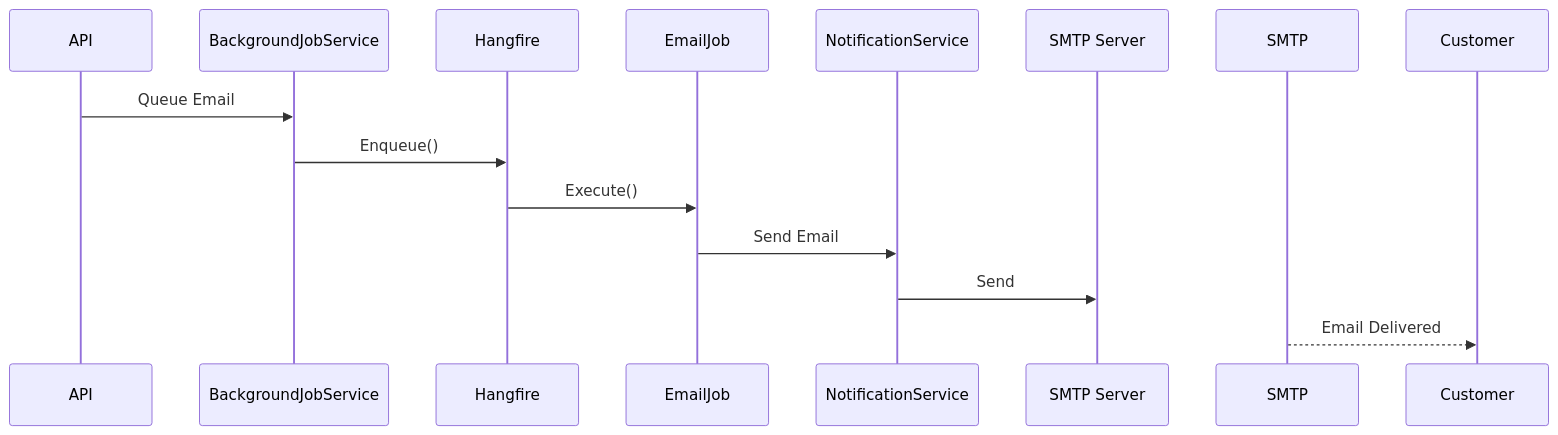
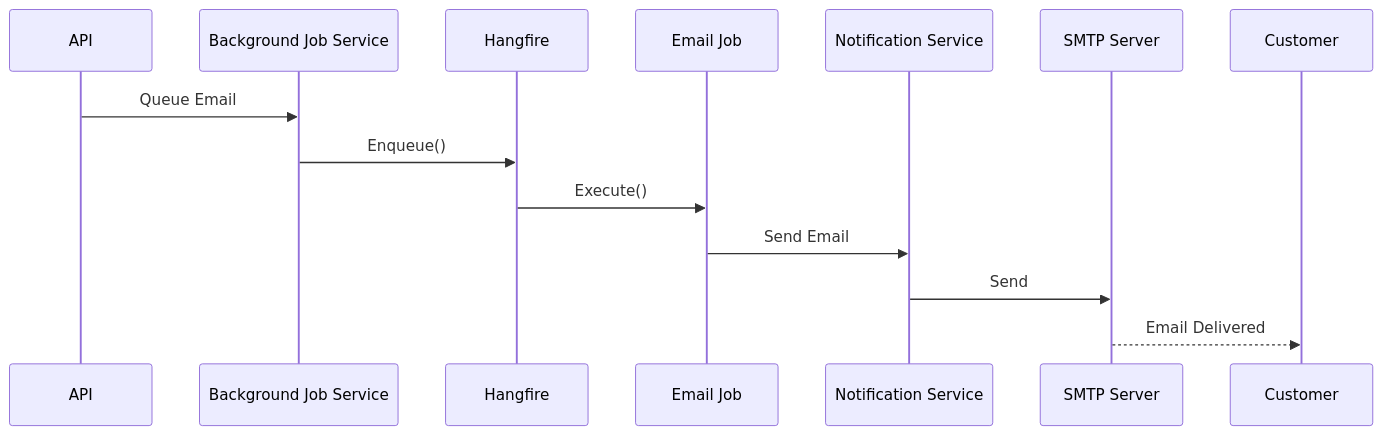
The fourth of 7 diagrams in docs/background-jobs.md (chintanchhapgar/ShopSphere), drawn with Mermaid before and after one commit. The commit also changed other lines of this file, not shown here.

First line of the commit message:
Revise Background Jobs documentation structure

````diff
--- a/docs/background-jobs.md
+++ b/docs/background-jobs.md
@@ -147,15 +143,17 @@
 ```mermaid
 sequenceDiagram
+    participant API
+    participant BackgroundJobService as Background Job Service
+    participant Hangfire
+    participant EmailJob as Email Job
+    participant NotificationService as Notification Service
+    participant SMTP as SMTP Server
+    participant Customer
 
-API->>BackgroundJobService: Queue Email
-
-BackgroundJobService->>Hangfire: Enqueue()
-
-Hangfire->>EmailJob: Execute()
-
-EmailJob->>NotificationService: Send Email
-
-NotificationService->>SMTP Server: Send
-
-SMTP-->>Customer: Email Delivered
+    API->>BackgroundJobService: Queue Email
+    BackgroundJobService->>Hangfire: Enqueue()
+    Hangfire->>EmailJob: Execute()
+    EmailJob->>NotificationService: Send Email
+    NotificationService->>SMTP: Send
+    SMTP-->>Customer: Email Delivered
 ```
````
